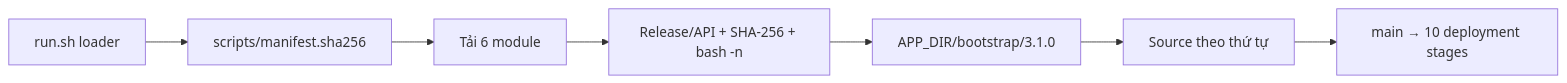
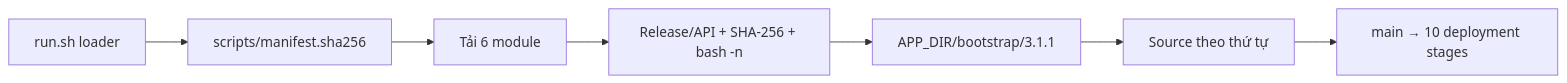
One commit to kuronoFS/KiQuai changed the second of 2 diagrams in TestHash/README.md. Above: the diagram before and after it, drawn with Mermaid. The commit also changed other lines of this file and 8 other files, not shown here.

````diff
--- a/TestHash/README.md
+++ b/TestHash/README.md
@@ -36,9 +36,9 @@
 ```mermaid
 flowchart LR
     Run["run.sh loader"] --> Manifest["scripts/manifest.sha256"]
     Manifest --> Download["Tải 6 module"]
     Download --> Verify["Release/API + SHA-256 + bash -n"]
-    Verify --> Cache["APP_DIR/bootstrap/3.1.0"]
+    Verify --> Cache["APP_DIR/bootstrap/3.1.1"]
     Cache --> Source["Source theo thứ tự"]
     Source --> Deploy["main → 10 deployment stages"]
 ```
````
